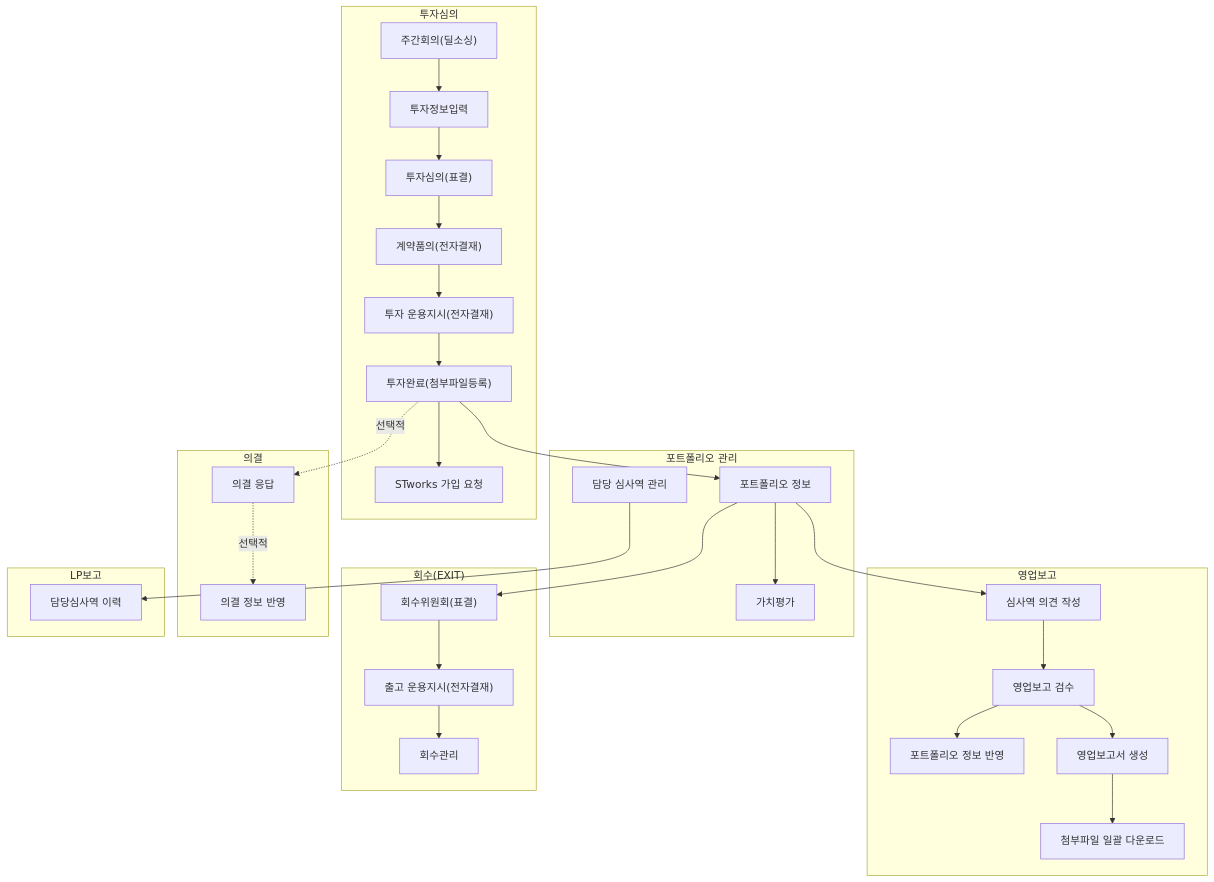
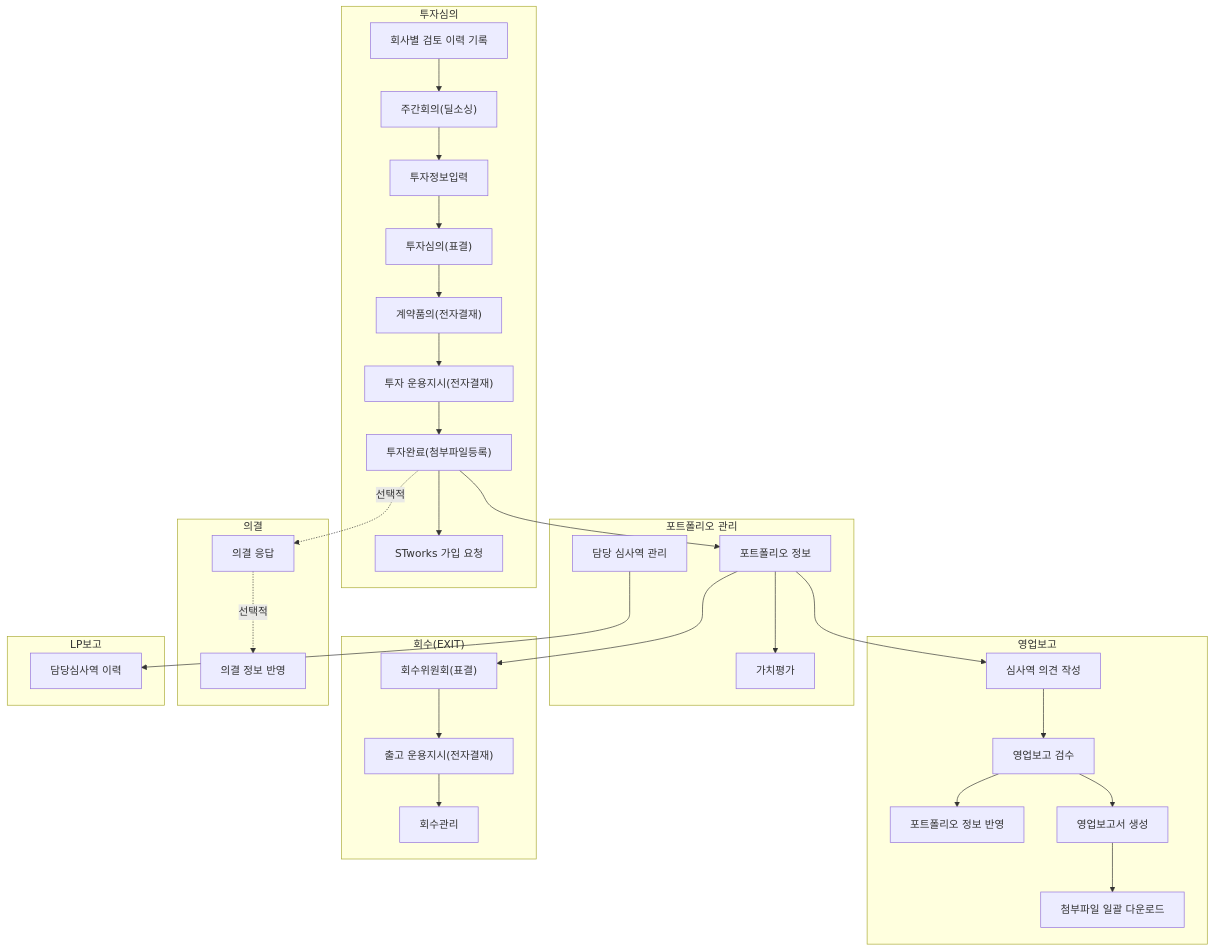
Before and after one commit to ddock-ddock/ddock-ddock.github.io: the diagram in _tabs/associate-start.md, drawn with Mermaid. The commit also changed other lines of this file and 25 other files, not shown here.

````diff
--- a/_tabs/associate-start.md
+++ b/_tabs/associate-start.md
@@ -94,77 +94,80 @@
 ```mermaid
 flowchart TD
  subgraph s1["투자심의"]
+        review_history["회사별 검토 이력 기록"]
         wr0003["주간회의(딜소싱)"]
         vs0003["투자정보입력"]
         vs0006["투자심의(표결)"]
         ed0001a["계약품의(전자결재)"]
         oi0003["투자 운용지시(전자결재)"]
         vs0009["투자완료(첨부파일등록)"]
         stworks_invite["STworks 가입 요청"]
   end
  subgraph s2["포트폴리오 관리"]
         pm0100["포트폴리오 정보"]
         pm0300["가치평가"]
         vs0031["담당 심사역 관리"]
   end
  subgraph s3["영업보고"]
         br0009["심사역 의견 작성"]
         br0007["영업보고 검수"]
         br0007a["포트폴리오 정보 반영"]
         br0011["영업보고서 생성"]
         br0011a["첨부파일 일괄 다운로드"]
   end
  subgraph s4["회수(EXIT)"]
         ex0001["회수위원회(표결)"]
         oi0001["출고 운용지시(전자결재)"]
         ex0007["회수관리"]
   end
  subgraph s5["의결"]
         sa0002["의결 응답"]
         sa0003["의결 정보 반영"]
   end
  subgraph s6["LP보고"]
         lp0600["담당심사역 이력"]
   end
+    review_history --> wr0003
     wr0003 --> vs0003
     vs0003 --> vs0006
     vs0006 --> ed0001a
     ed0001a --> oi0003
     oi0003 --> vs0009
     vs0009 --> stworks_invite
     vs0009 --> pm0100
     pm0100 --> pm0300
     pm0100 --> br0009
     pm0100 --> ex0001
     vs0009 -. 선택적 .-> sa0002
     br0009 --> br0007
     br0007 --> br0011
     br0007 --> br0007a
     br0011 --> br0011a
     ex0001 --> oi0001
     oi0001 --> ex0007
     sa0002 -. 선택적 .-> sa0003
     vs0031 --> lp0600
 
+    click review_history "{% post_url 2026-04-21-review-history %}"
     click wr0003 "{% post_url 2024-07-09-wr0003 %}"
     click vs0003 "{% post_url 2024-07-10-vs0003 %}"
     click vs0006 "{% post_url 2024-07-11-vs0006 %}"
     click ed0001a "{% post_url 2024-07-12-ed0001a %}"
     click oi0003 "{% post_url 2024-07-13-oi0003 %}"
     click vs0009 "{% post_url 2024-07-14-vs0009 %}"
     click pm0300 "{% post_url 2024-09-01-pm0300 %}"
     click vs0031 "{% post_url 2025-04-03-vs0031 %}"
     click br0009 "{% post_url 2024-08-26-br0009 %}"
     click br0007 "{% post_url 2024-08-25-br0007 %}"
     click br0007a "{% post_url 2026-04-21-br0007a %}"
     click br0011 "{% post_url 2024-08-27-br0011 %}"
     click br0011a "{% post_url 2026-04-21-br0011a %}"
     click stworks_invite "{% post_url 2026-04-21-stworks-invite %}"
     click ex0001 "{% post_url 2024-07-18-ex0001 %}"
     click oi0001 "{% post_url 2024-07-19-oi0001 %}"
     click ex0007 "{% post_url 2024-07-20-ex0007 %}"
     click sa0002 "{% post_url 2024-09-11-sa0002 %}"
     click sa0003 "{% post_url 2024-09-12-sa0003 %}"
     click lp0600 "{% post_url 2024-11-29-lp0600 %}"
 
 ```
````
